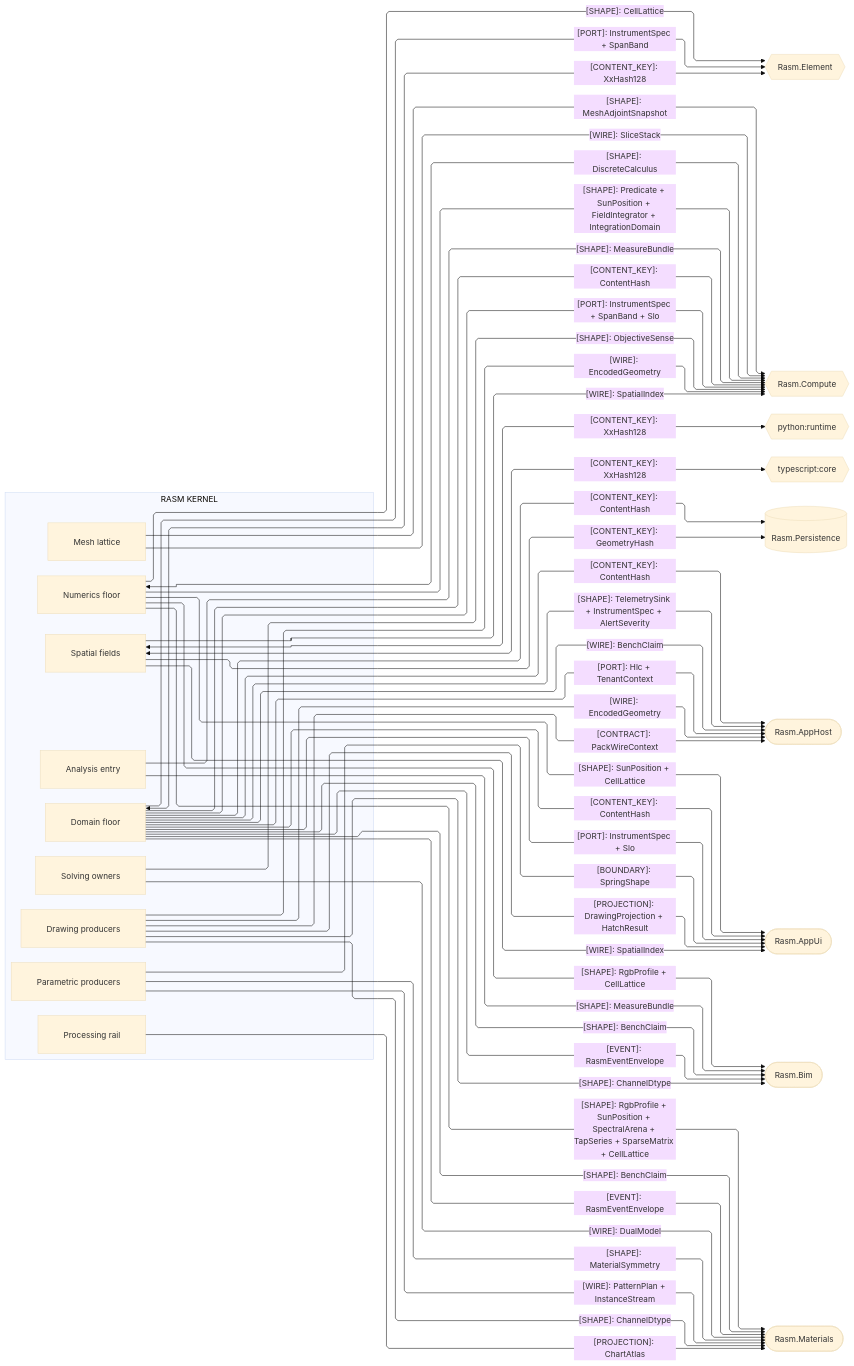
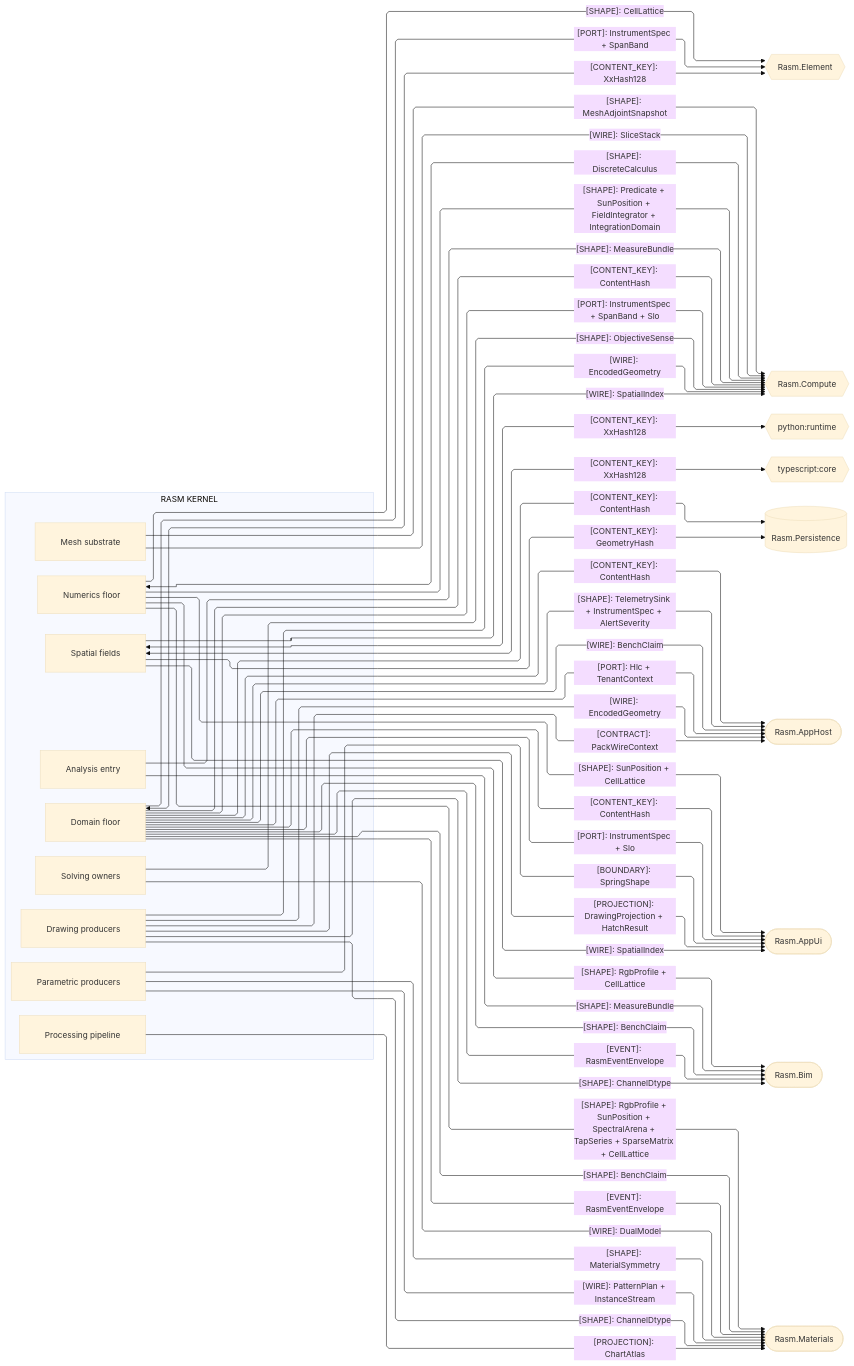
One commit to bsamiee/Rasm changed the second of 4 diagrams in libs/dotnet/Rasm/ARCHITECTURE.md. Above: the diagram before and after it, drawn with Mermaid (base theme). The commit also changed other lines of this file and 1997 other files, not shown here.

````diff
--- a/libs/dotnet/Rasm/ARCHITECTURE.md
+++ b/libs/dotnet/Rasm/ARCHITECTURE.md
@@ -171,74 +171,74 @@
 ```mermaid
 ---
 config:
   layout: elk
   flowchart:
     curve: linear
     padding: 25
 ---
 flowchart LR
-    accTitle: Kernel content-key and compute-plane seams
+    accTitle: Kernel content-key and compute-plane boundaries
     accDescr: Which content keys, shapes, ports, wires, and projections the kernel owners hand same-branch and cross-runtime peers.
     subgraph rasm[RASM KERNEL]
         Domain[Domain floor]
         Numerics[Numerics floor]
         Spatial[Spatial fields]
-        Meshing[Mesh lattice]
+        Meshing[Mesh substrate]
         Parametric[Parametric producers]
-        Processing[Processing rail]
+        Processing[Processing pipeline]
         Solving[Solving owners]
         Drawing[Drawing producers]
         Analysis[Analysis entry]
     end
     Element{{Rasm.Element}}
     Compute{{Rasm.Compute}}
     Runtime{{python:runtime}}
     Core{{typescript:core}}
     Persistence[(Rasm.Persistence)]
     AppHost([Rasm.AppHost])
     AppUi([Rasm.AppUi])
     Bim([Rasm.Bim])
     Materials([Rasm.Materials])
     Domain e1@<-->|"[CONTENT_KEY]: XxHash128"| Element
     Domain e2@-->|"[PORT]: InstrumentSpec + SpanBand"| Element
     Domain e3@-->|"[CONTENT_KEY]: ContentHash"| Persistence
     Domain e4@-->|"[CONTENT_KEY]: ContentHash"| Compute
     Domain e5@-->|"[PORT]: InstrumentSpec + SpanBand + Slo"| Compute
     Domain e6@-->|"[CONTENT_KEY]: ContentHash"| AppHost
     Domain e7@-->|"[SHAPE]: TelemetrySink + InstrumentSpec + AlertSeverity"| AppHost
     Domain e8@-->|"[WIRE]: BenchClaim"| AppHost
     Domain e9@-->|"[PORT]: Hlc + TenantContext"| AppHost
     Domain e10@-->|"[CONTENT_KEY]: ContentHash"| AppUi
     Domain e11@-->|"[PORT]: InstrumentSpec + Slo"| AppUi
     Domain e12@-->|"[SHAPE]: BenchClaim"| Bim
     Domain e13@-->|"[EVENT]: RasmEventEnvelope"| Bim
     Domain e14@-->|"[SHAPE]: BenchClaim"| Materials
     Domain e15@-->|"[EVENT]: RasmEventEnvelope"| Materials
     Numerics e16@<-->|"[SHAPE]: DiscreteCalculus"| Compute
     Numerics e17@-->|"[SHAPE]: Predicate + SunPosition + FieldIntegrator + IntegrationDomain"| Compute
     Numerics e18@-->|"[SHAPE]: CellLattice"| Element
     Numerics e19@-->|"[SHAPE]: RgbProfile + CellLattice"| Bim
     Numerics e20@-->|"[SHAPE]: SunPosition + CellLattice"| AppUi
     Numerics e21@-->|"[SHAPE]: RgbProfile + SunPosition + SpectralArena + TapSeries + SparseMatrix + CellLattice"| Materials
     Spatial e22@<-->|"[CONTENT_KEY]: XxHash128"| Runtime
     Spatial e23@<-->|"[CONTENT_KEY]: XxHash128"| Core
     Spatial e24@-->|"[CONTENT_KEY]: GeometryHash"| Persistence
     Spatial e25@-->|"[WIRE]: SpatialIndex"| Compute
     Spatial e26@-->|"[WIRE]: SpatialIndex"| AppUi
     Meshing e27@-->|"[SHAPE]: MeshAdjointSnapshot"| Compute
     Meshing e28@-->|"[WIRE]: SliceStack"| Compute
     Parametric e29@-->|"[BOUNDARY]: SpringShape"| AppUi
     Parametric e30@-->|"[SHAPE]: MaterialSymmetry"| Materials
     Parametric e31@-->|"[WIRE]: PatternPlan + InstanceStream"| Materials
     Processing e32@-->|"[PROJECTION]: ChartAtlas"| Materials
     Solving e33@-->|"[SHAPE]: ObjectiveSense"| Compute
     Solving e34@-->|"[WIRE]: DualModel"| Materials
     Drawing e35@-->|"[WIRE]: EncodedGeometry"| Compute
     Drawing e36@-->|"[CONTRACT]: PackWireContext"| AppHost
     Drawing e37@-->|"[WIRE]: EncodedGeometry"| AppHost
     Drawing e38@-->|"[PROJECTION]: DrawingProjection + HatchResult"| AppUi
     Drawing e39@-->|"[SHAPE]: ChannelDtype"| Bim
     Drawing e40@-->|"[SHAPE]: ChannelDtype"| Materials
     Analysis e41@-->|"[SHAPE]: MeasureBundle"| Compute
     Analysis e42@-->|"[SHAPE]: MeasureBundle"| Bim
 ```
````
